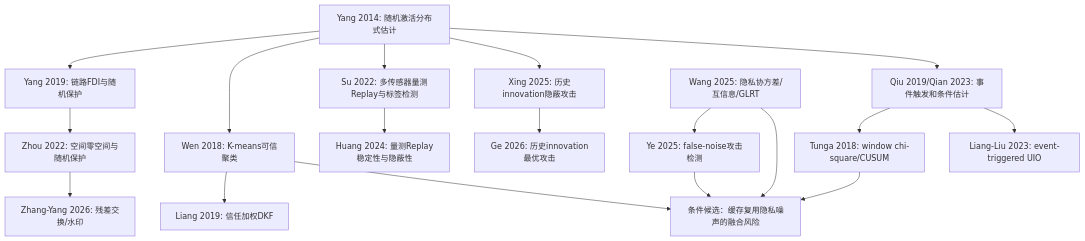
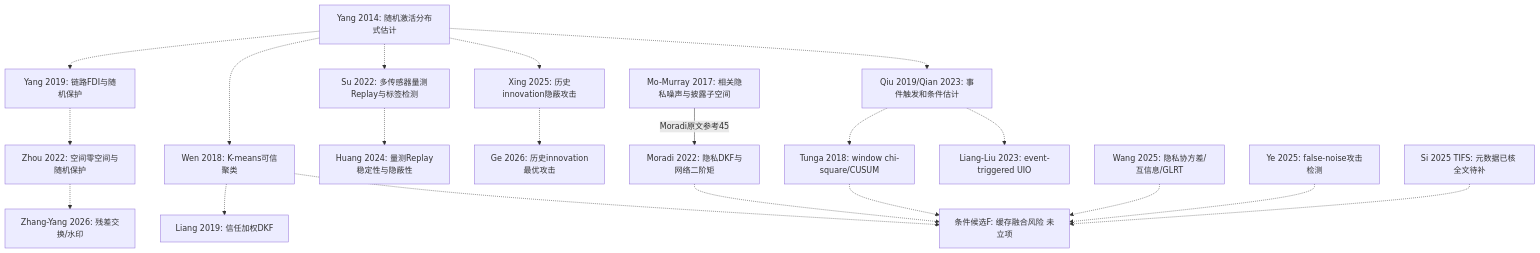
One commit to center-666/paper changed the diagram in reviews/distributed_filtering_security_privacy_literature/05_literature_relationship_map.md. Above: the diagram before and after it, drawn with Mermaid. The commit also changed other lines of this file and 16 other files, not shown here.

````diff
--- a/reviews/distributed_filtering_security_privacy_literature/05_literature_relationship_map.md
+++ b/reviews/distributed_filtering_security_privacy_literature/05_literature_relationship_map.md
@@ -5,20 +7,22 @@
 ```mermaid
 graph TD
-  B[Yang 2014: 随机激活分布式估计] --> Y[Yang 2019: 链路FDI与随机保护]
-  B --> W[Wen 2018: K-means可信聚类]
-  W --> L[Liang 2019: 信任加权DKF]
-  Y --> Z[Zhou 2022: 空间零空间与随机保护]
-  Z --> R[Zhang-Yang 2026: 残差交换/水印]
-  B --> S[Su 2022: 多传感器量测Replay与标签检测]
-  S --> H[Huang 2024: 量测Replay稳定性与隐蔽性]
-  B --> X[Xing 2025: 历史innovation隐蔽攻击]
-  X --> G[Ge 2026: 历史innovation最优攻击]
-  B --> E[Qiu 2019/Qian 2023: 事件触发和条件估计]
-  E --> T[Tunga 2018: window chi-square/CUSUM]
-  E --> U[Liang-Liu 2023: event-triggered UIO]
-  P[Wang 2025: 隐私协方差/互信息/GLRT] --> YP[Ye 2025: false-noise攻击检测]
-  P --> F[条件候选：缓存复用隐私噪声的融合风险]
-  YP --> F
-  T --> F
-  W --> F
+  B[Yang 2014: 随机激活分布式估计] -.-> Y[Yang 2019: 链路FDI与随机保护]
+  B -.-> W[Wen 2018: K-means可信聚类]
+  W -.-> L[Liang 2019: 信任加权DKF]
+  Y -.-> Z[Zhou 2022: 空间零空间与随机保护]
+  Z -.-> R[Zhang-Yang 2026: 残差交换/水印]
+  B -.-> S[Su 2022: 多传感器量测Replay与标签检测]
+  S -.-> H[Huang 2024: 量测Replay稳定性与隐蔽性]
+  B -.-> X[Xing 2025: 历史innovation隐蔽攻击]
+  X -.-> G[Ge 2026: 历史innovation最优攻击]
+  B -.-> E[Qiu 2019/Qian 2023: 事件触发和条件估计]
+  E -.-> T[Tunga 2018: window chi-square/CUSUM]
+  E -.-> U[Liang-Liu 2023: event-triggered UIO]
+  MM[Mo-Murray 2017: 相关隐私噪声与披露子空间] -->|Moradi原文参考45| MD[Moradi 2022: 隐私DKF与网络二阶矩]
+  MD -.-> F[条件候选F: 缓存融合风险 未立项]
+  P[Wang 2025: 隐私协方差/互信息/GLRT] -.-> F
+  YP[Ye 2025: false-noise攻击检测] -.-> F
+  SI[Si 2025 TIFS: 元数据已核 全文待补] -.-> F
+  T -.-> F
+  W -.-> F
 ```
````
